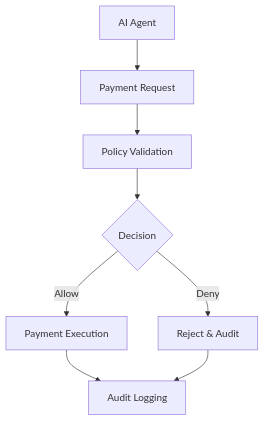
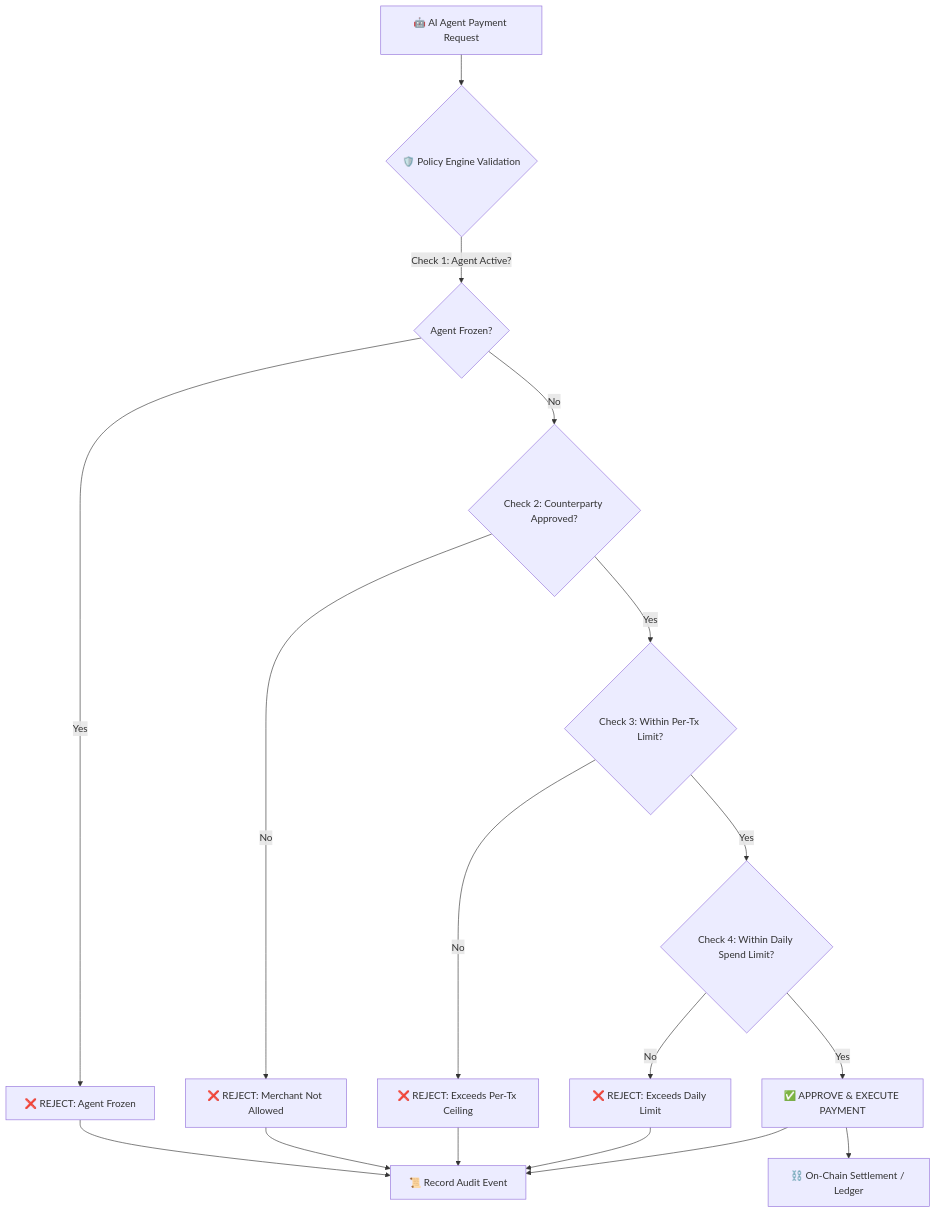
One commit to KalpeshM13/AgentPay-Guard changed the second of 2 diagrams in README.md. Above: the diagram before and after it, drawn with Mermaid. The commit also changed other lines of this file and 1 other file, not shown here.

````diff
--- a/README.md
+++ b/README.md
@@ -87,10 +62,19 @@
 ```mermaid
 flowchart TD
-    A[AI Agent] --> B[Payment Request]
-    B --> C[Policy Validation]
-    C --> D{Decision}
-    D -->|Allow| E[Payment Execution]
-    D -->|Deny| F[Reject & Audit]
-    E --> G[Audit Logging]
-    F --> G
+    A[🤖 AI Agent Payment Request] --> B{🛡️ Policy Engine Validation}
+    B -->|Check 1: Agent Active?| C{Agent Frozen?}
+    C -->|Yes| R1[❌ REJECT: Agent Frozen]
+    C -->|No| D{Check 2: Counterparty Approved?}
+    D -->|No| R2[❌ REJECT: Merchant Not Allowed]
+    D -->|Yes| E{Check 3: Within Per-Tx Limit?}
+    E -->|No| R3[❌ REJECT: Exceeds Per-Tx Ceiling]
+    E -->|Yes| F{Check 4: Within Daily Spend Limit?}
+    F -->|No| R4[❌ REJECT: Exceeds Daily Limit]
+    F -->|Yes| G[✅ APPROVE & EXECUTE PAYMENT]
+    G --> H[⛓️ On-Chain Settlement / Ledger]
+    R1 --> I[📜 Record Audit Event]
+    R2 --> I
+    R3 --> I
+    R4 --> I
+    G --> I
 ```
````
